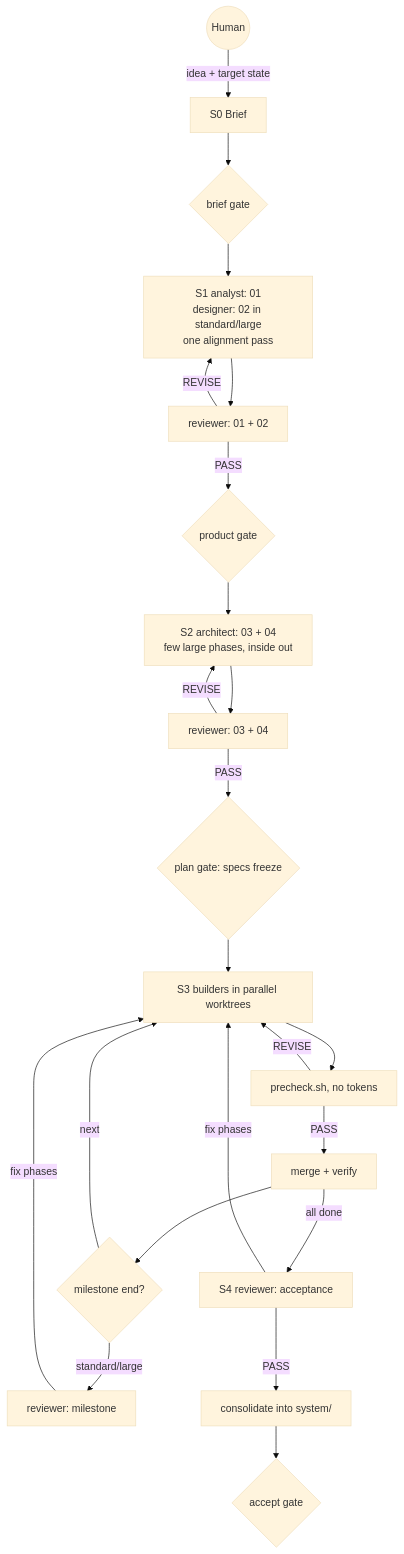
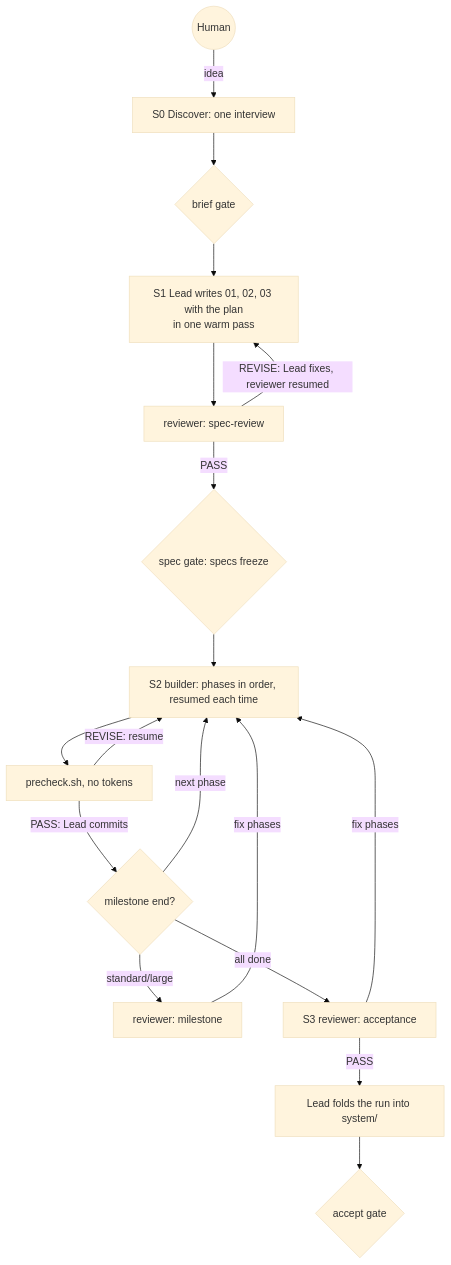
The diagram in skills/dm-agent-team/GUIDE.md (mlesk/darkmark-skills), drawn with Mermaid (base theme) before and after one commit. The commit also changed other lines of this file and 23 other files, not shown here.

First line of the commit message:
Restructure dm-agent-team to lean-2: Lead writes specs, dispatch only for review and build (#4)

````diff
--- a/skills/dm-agent-team/GUIDE.md
+++ b/skills/dm-agent-team/GUIDE.md
@@ -33,18 +19,14 @@
 ```mermaid
 flowchart TD
-  H((Human)) -->|idea + target state| B0[S0 Brief] --> G0{brief gate}
-  G0 --> P1[S1 analyst: 01<br/>designer: 02 in standard/large<br/>one alignment pass]
-  P1 --> R1[reviewer: 01 + 02] -->|REVISE| P1
-  R1 -->|PASS| G1{product gate}
-  G1 --> P2[S2 architect: 03 + 04<br/>few large phases, inside out]
-  P2 --> R2[reviewer: 03 + 04] -->|REVISE| P2
-  R2 -->|PASS| G2{plan gate: specs freeze}
-  G2 --> B[S3 builders in parallel worktrees]
-  B --> PC[precheck.sh, no tokens] -->|REVISE| B
-  PC -->|PASS| I[merge + verify]
-  I --> M{milestone end?}
+  H((Human)) -->|idea| D[S0 Discover: one interview] --> G0{brief gate}
+  G0 --> S[S1 Lead writes 01, 02, 03 with the plan<br/>in one warm pass]
+  S --> R[reviewer: spec-review] -->|REVISE: Lead fixes, reviewer resumed| S
+  R -->|PASS| G1{spec gate: specs freeze}
+  G1 --> B[S2 builder: phases in order, resumed each time]
+  B --> PC[precheck.sh, no tokens] -->|REVISE: resume| B
+  PC -->|PASS: Lead commits| M{milestone end?}
   M -->|standard/large| MR[reviewer: milestone] -->|fix phases| B
-  M -->|next| B
-  I -->|all done| A[S4 reviewer: acceptance] -->|fix phases| B
-  A -->|PASS| C[consolidate into system/] --> G3{accept gate}
+  M -->|next phase| B
+  M -->|all done| A[S3 reviewer: acceptance] -->|fix phases| B
+  A -->|PASS| C[Lead folds the run into system/] --> G2{accept gate}
 ```
````
